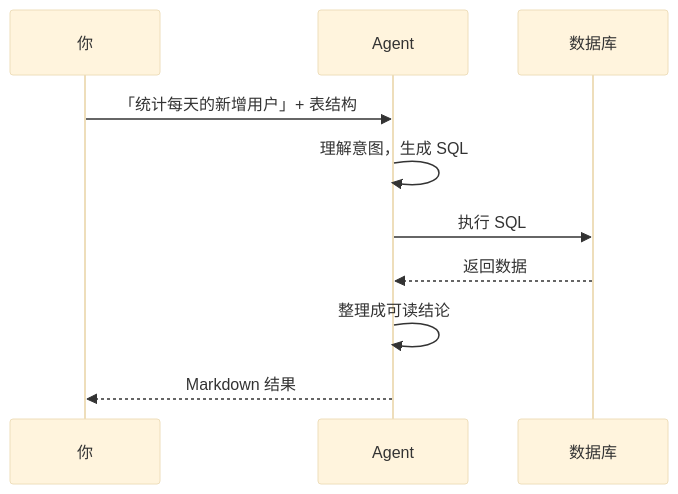
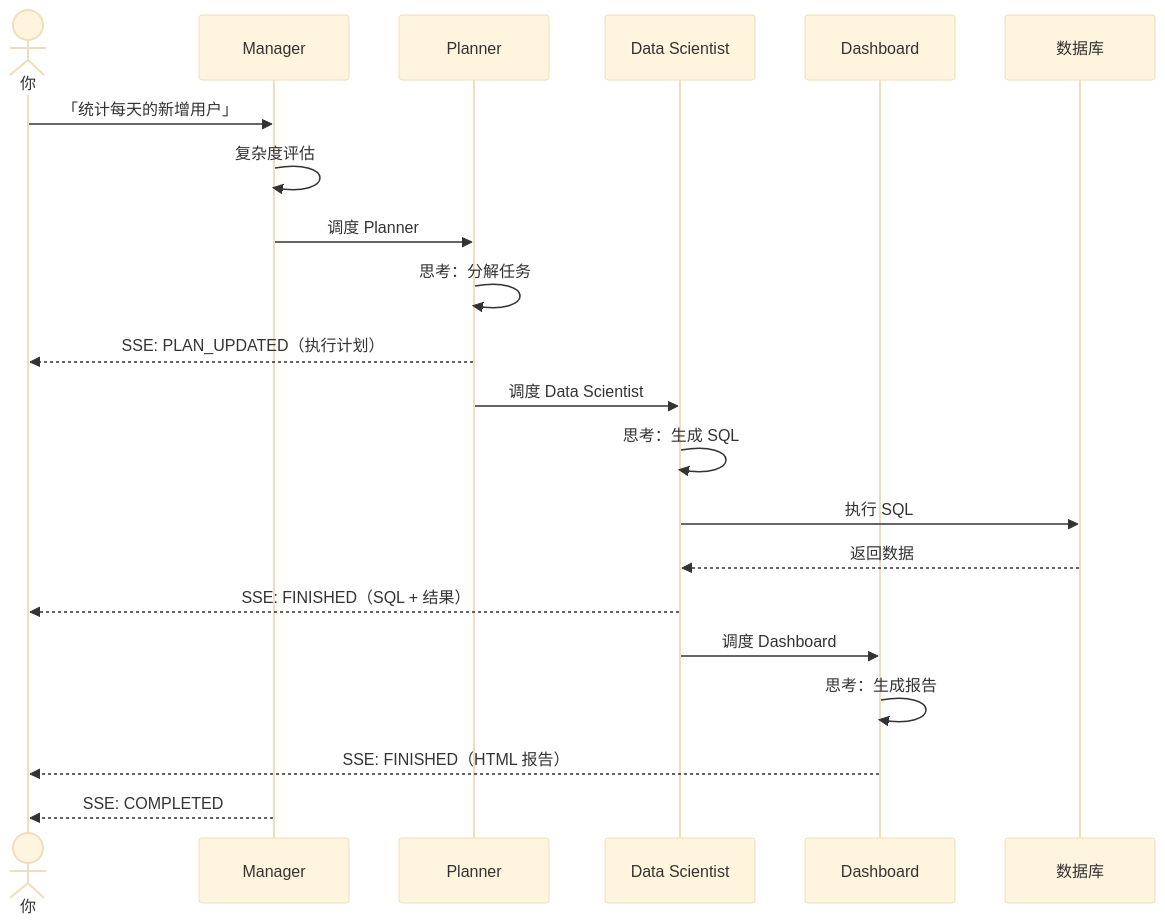
Before and after one commit to shixia9/MustBeTheSQL: the first of 6 diagrams in sql-logic-docs/docs/guide/agent-execution.md, drawn with Mermaid (base theme). The commit also changed other lines of this file and 11 other files, not shown here.

````diff
--- a/sql-logic-docs/docs/guide/agent-execution.md
+++ b/sql-logic-docs/docs/guide/agent-execution.md
@@ -15,12 +15,24 @@
 ```mermaid
 sequenceDiagram
-  participant U as 你
-  participant A as Agent
+  actor U as 你
+  participant M as Manager
+  participant P as Planner
+  participant DS as Data Scientist
+  participant DA as Dashboard
   participant DB as 数据库
-  U->>A: 「统计每天的新增用户」+ 表结构
-  A->>A: 理解意图，生成 SQL
-  A->>DB: 执行 SQL
-  DB-->>A: 返回数据
-  A->>A: 整理成可读结论
-  A-->>U: Markdown 结果
+
+  U->>M: 「统计每天的新增用户」
+  M->>M: 复杂度评估
+  M->>P: 调度 Planner
+  P->>P: 思考：分解任务
+  P-->>U: SSE: PLAN_UPDATED（执行计划）
+  P->>DS: 调度 Data Scientist
+  DS->>DS: 思考：生成 SQL
+  DS->>DB: 执行 SQL
+  DB-->>DS: 返回数据
+  DS-->>U: SSE: FINISHED（SQL + 结果）
+  DS->>DA: 调度 Dashboard
+  DA->>DA: 思考：生成报告
+  DA-->>U: SSE: FINISHED（HTML 报告）
+  M-->>U: SSE: COMPLETED
 ```
````
